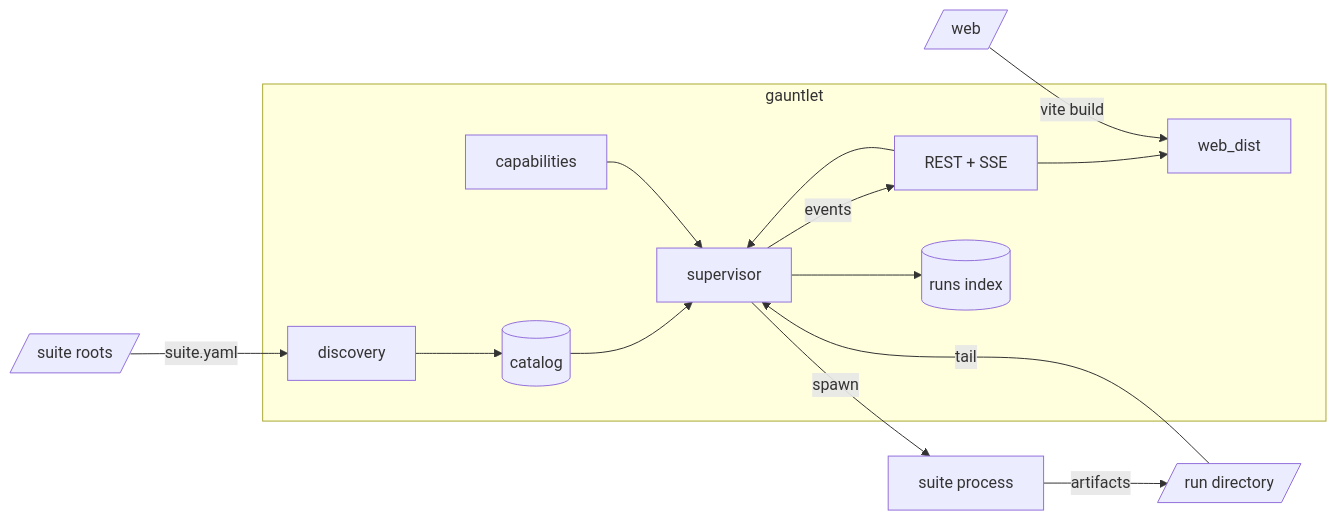
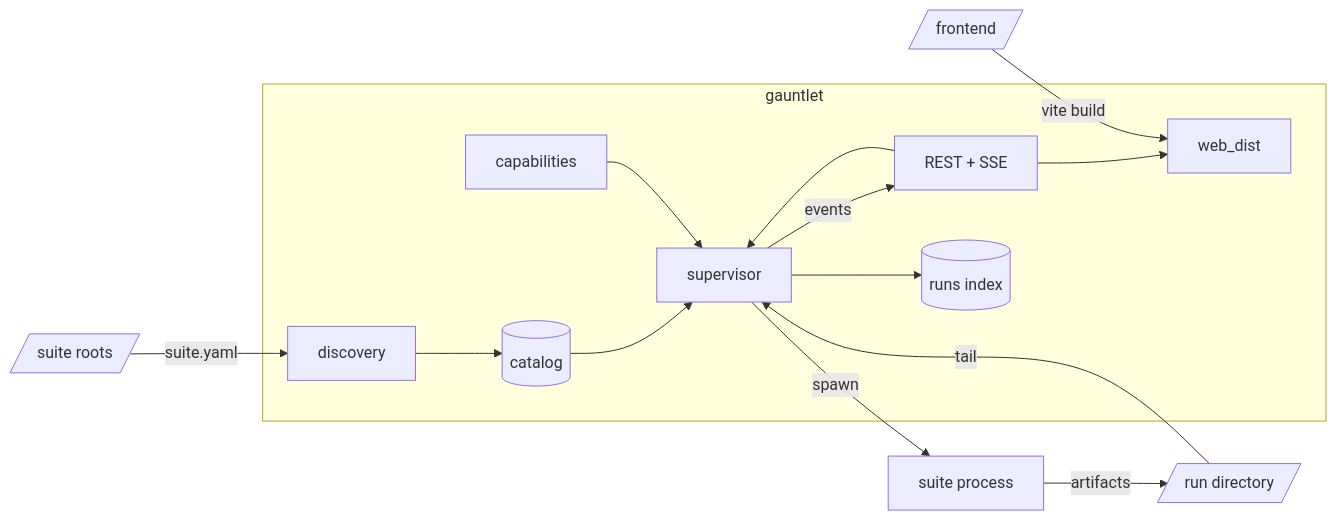
The diagram in docs/architecture.md (trl11/trl-gauntlet), drawn with Mermaid before and after one commit. The commit also changed other lines of this file and 244 other files, not shown here.

First line of the commit message:
Rename web to frontend and gauntlet-suite to gauntlet-sdk

````diff
--- a/docs/architecture.md
+++ b/docs/architecture.md
@@ -8,18 +8,18 @@
 ```mermaid
 flowchart LR
     subgraph app["gauntlet"]
         DISC[discovery] --> CAT[(catalog)]
         API[REST + SSE] --> SUP[supervisor]
         CAT --> SUP
         CAP[capabilities] --> SUP
         SUP --> IDX[(runs index)]
         API --> DIST[web_dist]
     end
 
     ROOTS[/suite roots/] -->|suite.yaml| DISC
     SUP -->|spawn| PROC[suite process]
     PROC -->|artifacts| RUN[/run directory/]
     RUN -->|tail| SUP
     SUP -->|events| API
-    WEB[/web/] -->|vite build| DIST
+    FRONTEND[/frontend/] -->|vite build| DIST
 ```
````
